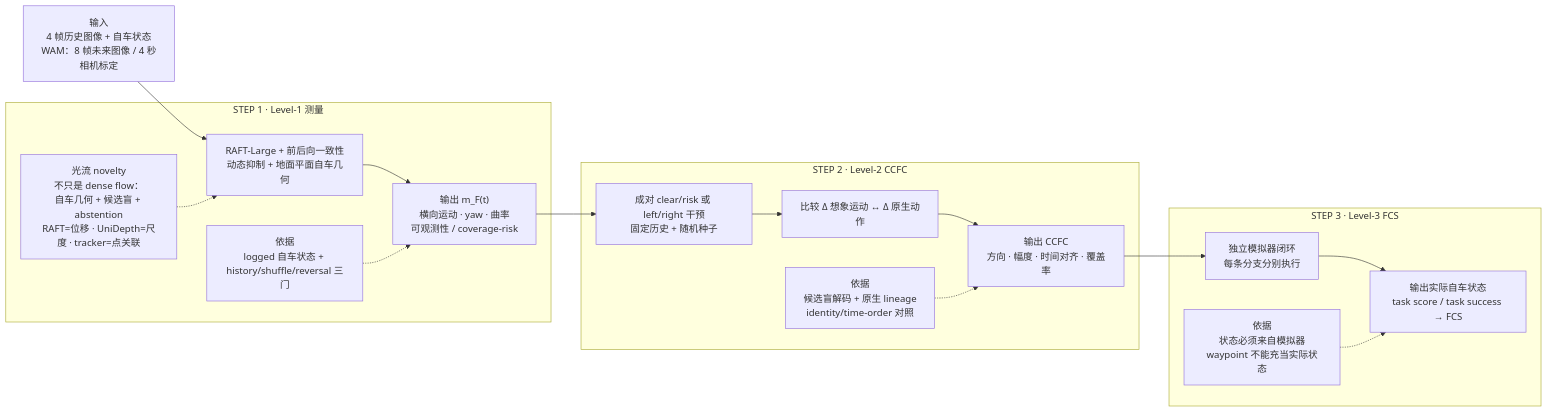
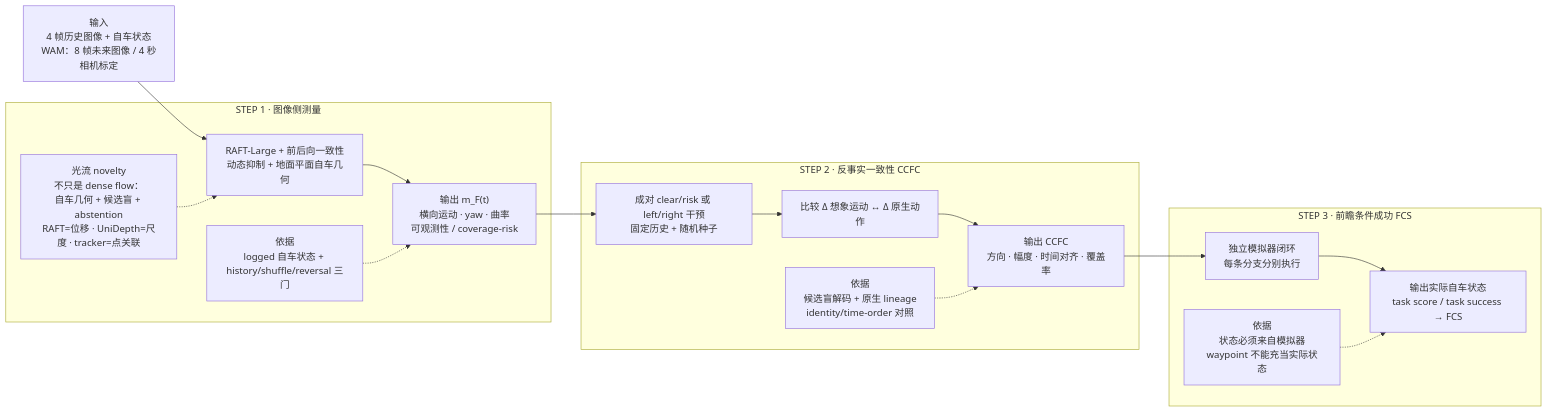
One commit to RiseBun/IAC-iclr changed the diagram in README_zh.md. Above: the diagram before and after it, drawn with Mermaid. The commit also changed other lines of this file and 2 other files, not shown here.

Commit message:
docs: use Chinese Step labels in frozen pipeline

````diff
--- a/README_zh.md
+++ b/README_zh.md
@@ -17,30 +17,30 @@
 ```mermaid
 flowchart LR
     I["输入<br/>4 帧历史图像 + 自车状态<br/>WAM：8 帧未来图像 / 4 秒<br/>相机标定"] --> A
-    subgraph S1["STEP 1 · Level-1 测量"]
+    subgraph S1["STEP 1 · 图像侧测量"]
         A["RAFT-Large + 前后向一致性<br/>动态抑制 + 地面平面自车几何"]
         N["光流 novelty<br/>不只是 dense flow：<br/>自车几何 + 候选盲 + abstention<br/>RAFT=位移 · UniDepth=尺度 · tracker=点关联"]
         O["输出 m_F(t)<br/>横向运动 · yaw · 曲率<br/>可观测性 / coverage-risk"]
         B["依据<br/>logged 自车状态 + history/shuffle/reversal 三门"]
         A --> O
         N -.-> A
         B -.-> O
     end
     O --> D
-    subgraph S2["STEP 2 · Level-2 CCFC"]
+    subgraph S2["STEP 2 · 反事实一致性 CCFC"]
         D["成对 clear/risk 或 left/right 干预<br/>固定历史 + 随机种子"]
         C["比较 Δ 想象运动 ↔ Δ 原生动作"]
         Q["输出 CCFC<br/>方向 · 幅度 · 时间对齐 · 覆盖率"]
         E["依据<br/>候选盲解码 + 原生 lineage<br/>identity/time-order 对照"]
         D --> C --> Q
         E -.-> Q
     end
     Q --> R
-    subgraph S3["STEP 3 · Level-3 FCS"]
+    subgraph S3["STEP 3 · 前瞻条件成功 FCS"]
         R["独立模拟器闭环<br/>每条分支分别执行"]
         T["输出实际自车状态<br/>task score / task success → FCS"]
         U["依据<br/>状态必须来自模拟器<br/>waypoint 不能充当实际状态"]
         R --> T
         U -.-> T
     end
 ```
````
